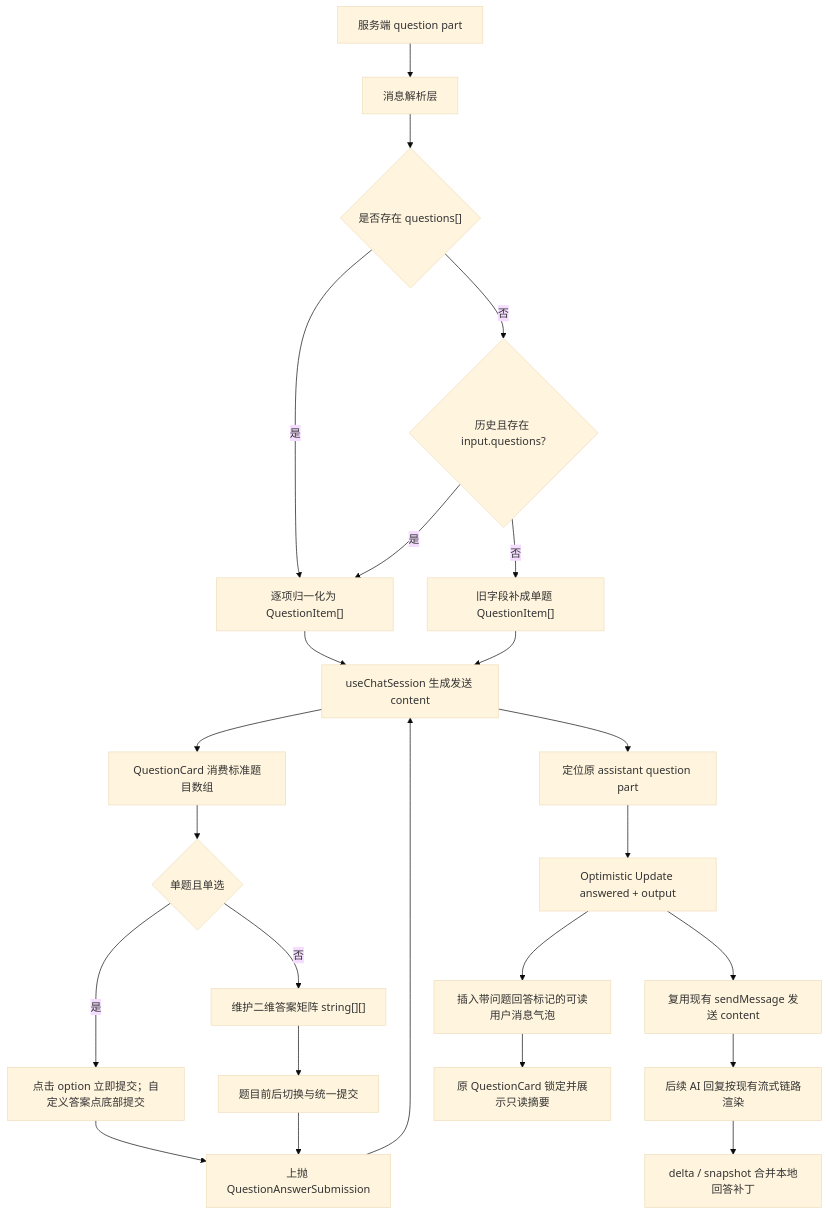
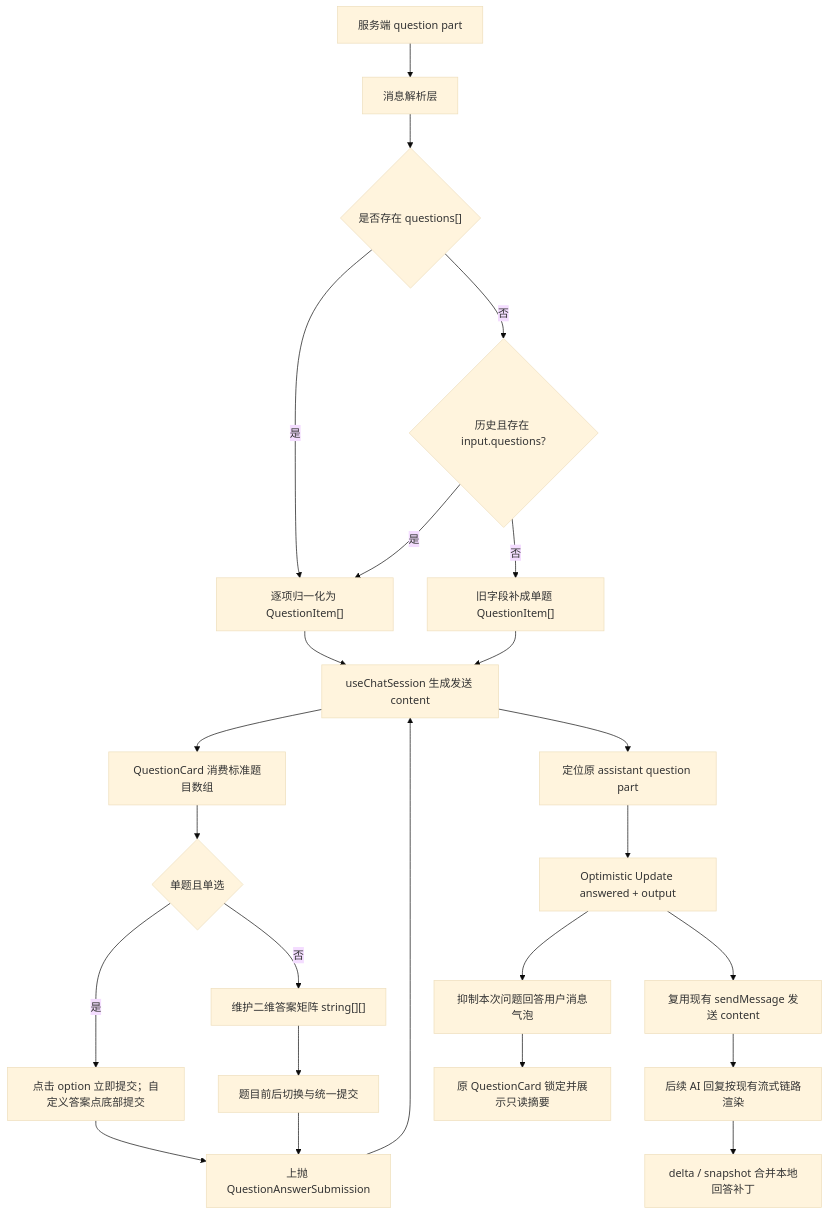
Before and after one commit to Abelsjcheng/skillSDK: the first of 4 diagrams in ai-chat-viewer/docs/2026-06-12-question-card-multi-question-answer-design.md, drawn with Mermaid (base theme). The commit also changed other lines of this file and 3 other files, not shown here.

````diff
--- a/ai-chat-viewer/docs/2026-06-12-question-card-multi-question-answer-design.md
+++ b/ai-chat-viewer/docs/2026-06-12-question-card-multi-question-answer-design.md
@@ -46,26 +46,26 @@
 ```mermaid
 flowchart TD
     A["服务端 question part"] --> B["消息解析层"]
     B --> C{"是否存在 questions[]"}
     C -- "是" --> D["逐项归一化为 QuestionItem[]"]
     C -- "否" --> E{"历史且存在 input.questions?"}
     E -- "是" --> D
     E -- "否" --> F["旧字段补成单题 QuestionItem[]"]
     D --> M["消息 part 写入 part.questions"]
     F --> M
     M --> G["QuestionCard 消费标准题目数组"]
     G --> H{"单题且单选"}
     H -- "是" --> I["点击 option 立即提交；自定义答案点底部提交"]
     H -- "否" --> J["维护二维答案矩阵 string[][]"]
     J --> K["题目前后切换与统一提交"]
     I --> L["上抛 QuestionAnswerSubmission"]
     K --> L
     L --> M["useChatSession 生成发送 content"]
     M --> N["定位原 assistant question part"]
     N --> O["Optimistic Update answered + output"]
     O --> P["复用现有 sendMessage 发送 content"]
-    O --> Q["插入带问题回答标记的可读用户消息气泡"]
+    O --> Q["抑制本次问题回答用户消息气泡"]
     P --> R["后续 AI 回复按现有流式链路渲染"]
     R --> S["delta / snapshot 合并本地回答补丁"]
     Q --> T["原 QuestionCard 锁定并展示只读摘要"]
 ```
````
